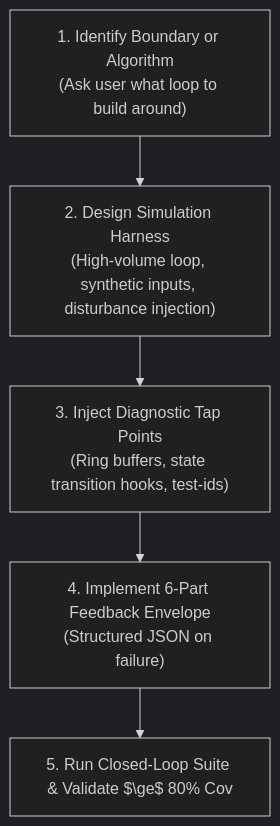
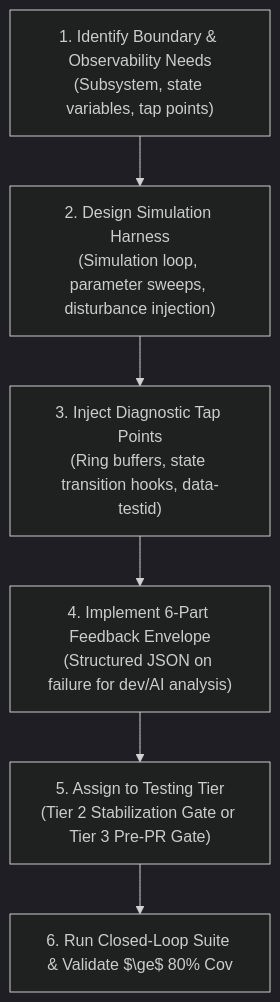
The diagram in .agents/skills/test-harness-builder/SKILL.md (spelech/AgenticEngineeringToolbelt), drawn with Mermaid (dark theme) before and after one commit. The commit also changed other lines of this file and 5 other files, not shown here.

Commit message:
feat(archetypes,skills): update archetypes and skills for git flow, apis first, and harnesses

````diff
--- a/.agents/skills/test-harness-builder/SKILL.md
+++ b/.agents/skills/test-harness-builder/SKILL.md
@@ -14,7 +16,8 @@
 ```mermaid
 flowchart TD
-    Identify["1. Identify Boundary or Algorithm<br>(Ask user what loop to build around)"] --> Design["2. Design Simulation Harness<br>(High-volume loop, synthetic inputs, disturbance injection)"]
-    Design --> Tap["3. Inject Diagnostic Tap Points<br>(Ring buffers, state transition hooks, test-ids)"]
-    Tap --> Envelope["4. Implement 6-Part Feedback Envelope<br>(Structured JSON on failure)"]
-    Envelope --> Verify["5. Run Closed-Loop Suite & Validate $\ge$ 80% Cov"]
+    Identify["1. Identify Boundary & Observability Needs<br>(Subsystem, state variables, tap points)"] --> Design["2. Design Simulation Harness<br>(Simulation loop, parameter sweeps, disturbance injection)"]
+    Design --> Tap["3. Inject Diagnostic Tap Points<br>(Ring buffers, state transition hooks, data-testid)"]
+    Tap --> Envelope["4. Implement 6-Part Feedback Envelope<br>(Structured JSON on failure for dev/AI analysis)"]
+    Envelope --> Cadence["5. Assign to Testing Tier<br>(Tier 2 Stabilization Gate or Tier 3 Pre-PR Gate)"]
+    Cadence --> Verify["6. Run Closed-Loop Suite & Validate $\ge$ 80% Cov"]
 ```
````
